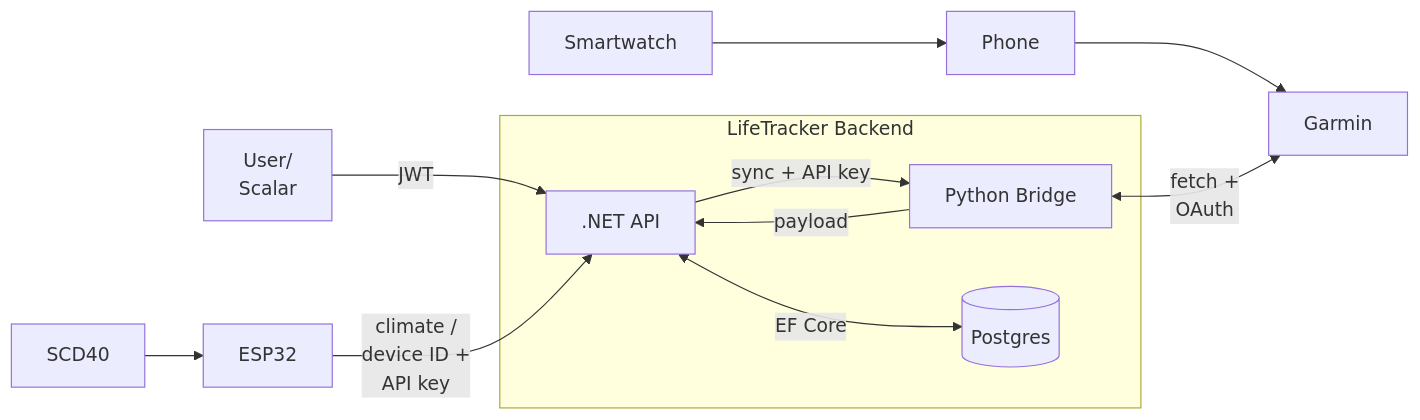
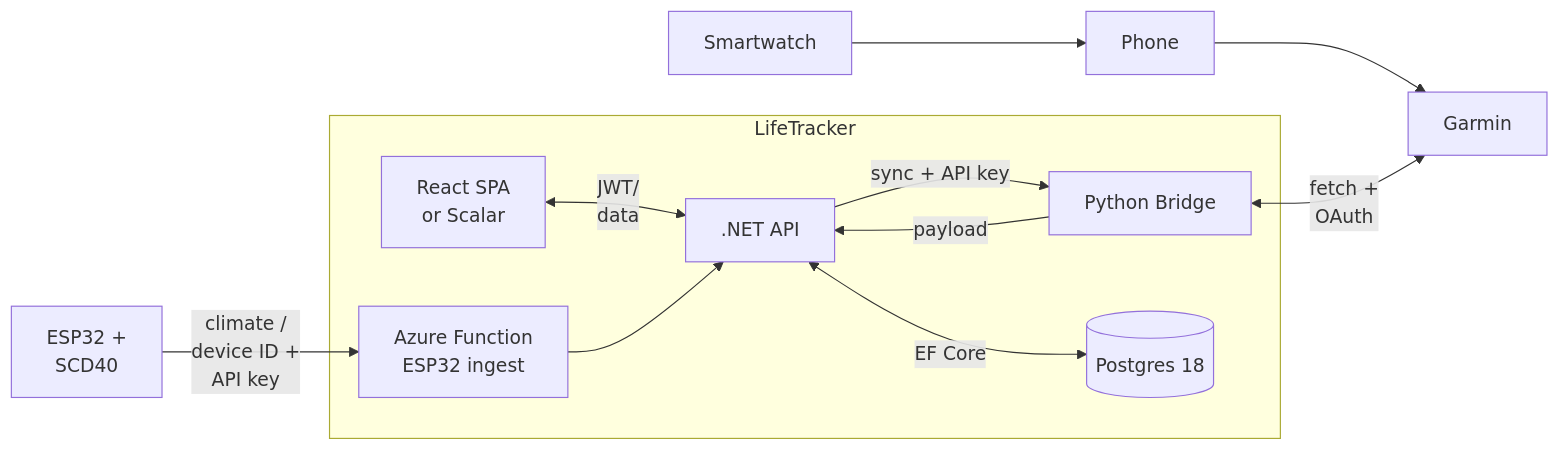
Before and after one commit to 0xNullVOID0/LifeTracker: the diagram in README.md, drawn with Mermaid.

Commit message:
Update architecture diagram with React and Azure function

````diff
--- a/README.md
+++ b/README.md
@@ -51,17 +51,21 @@
 ```mermaid
 flowchart LR
   Watch[Smartwatch] --> Phone[Phone] --> GC[Garmin]
 
-  subgraph Stack["LifeTracker Backend"]
+
+  subgraph Stack["LifeTracker"]
+    UI["React SPA<br/>or Scalar"]
     API[".NET API"]
     Bridge["Python Bridge"]
-    DB[("Postgres")]
+    DB[("Postgres 18")]
+    Fn["Azure Function<br/>ESP32 ingest"]
+    UI <-->|"JWT/</br>data"| API
     API -->|"sync + API key"| Bridge
     Bridge -->|"payload"| API
     API <-->|"EF Core"| DB
   end
 
-  Bridge <-->|"fetch +</br>OAuth"| GC
-  User["User/</br> Scalar"] -->|"JWT"| API
-  SCD[SCD40] --> ESP[ESP32] -->|"climate /</br>device ID +</br>API key"| API
+  Bridge <-->|"fetch +<br/>OAuth"| GC
+  ESP[ESP32 +</br>SCD40] -->|"climate /</br>device ID +</br>API key"| Fn
+  Fn --> API
 ```
````
